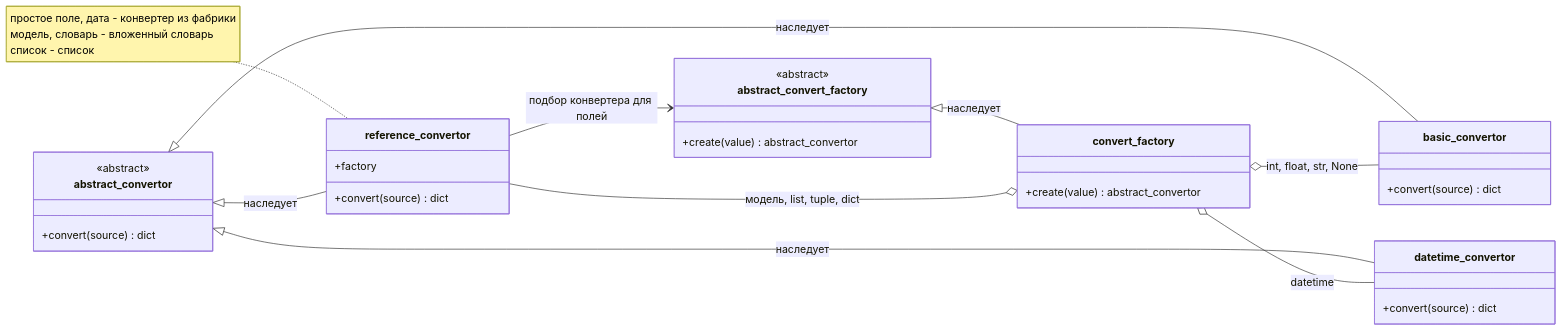
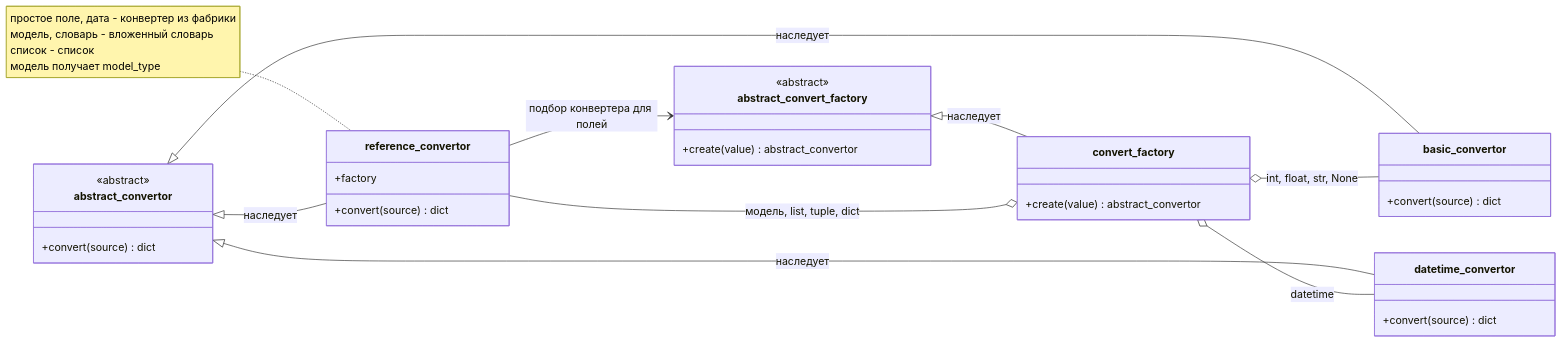
One commit to zenderio-dev/patterns_HW changed the fourth of 5 diagrams in Docs/Uml.md. Above: the diagram before and after it, drawn with Mermaid. The commit also changed other lines of this file, not shown here.

````diff
--- a/Docs/Uml.md
+++ b/Docs/Uml.md
@@ -187,42 +187,42 @@
 ```mermaid
 classDiagram
     direction LR
 
     class abstract_convertor {
         <<abstract>>
         +convert(source) dict
     }
 
     class basic_convertor {
         +convert(source) dict
     }
 
     class datetime_convertor {
         +convert(source) dict
     }
 
     class reference_convertor {
         +factory
         +convert(source) dict
     }
 
     class abstract_convert_factory {
         <<abstract>>
         +create(value) abstract_convertor
     }
 
     class convert_factory {
         +create(value) abstract_convertor
     }
 
     abstract_convertor <|-- basic_convertor : наследует
     abstract_convertor <|-- datetime_convertor : наследует
     abstract_convertor <|-- reference_convertor : наследует
     abstract_convert_factory <|-- convert_factory : наследует
     convert_factory o-- basic_convertor : int, float, str, None
     convert_factory o-- datetime_convertor : datetime
     convert_factory o-- reference_convertor : модель, list, tuple, dict
     reference_convertor --> abstract_convert_factory : подбор конвертера для полей
 
-    note for reference_convertor "простое поле, дата - конвертер из фабрики<br>модель, словарь - вложенный словарь<br>список - список"
+    note for reference_convertor "простое поле, дата - конвертер из фабрики<br>модель, словарь - вложенный словарь<br>список - список<br>модель получает model_type"
 ```
````
